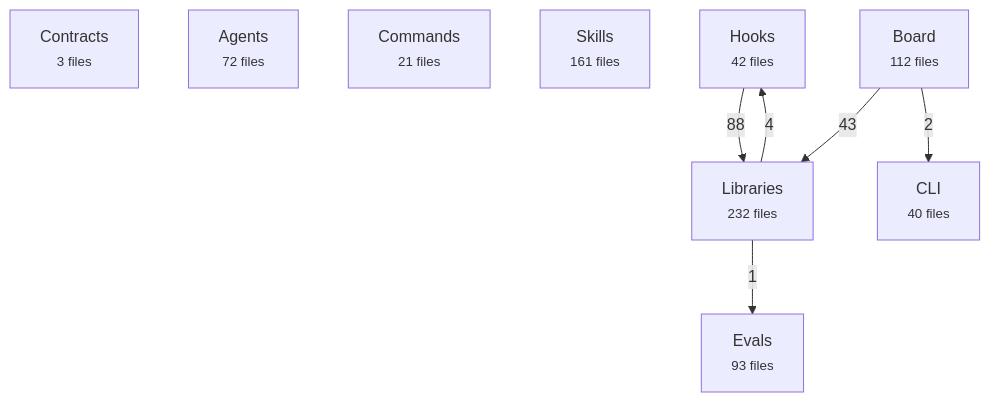
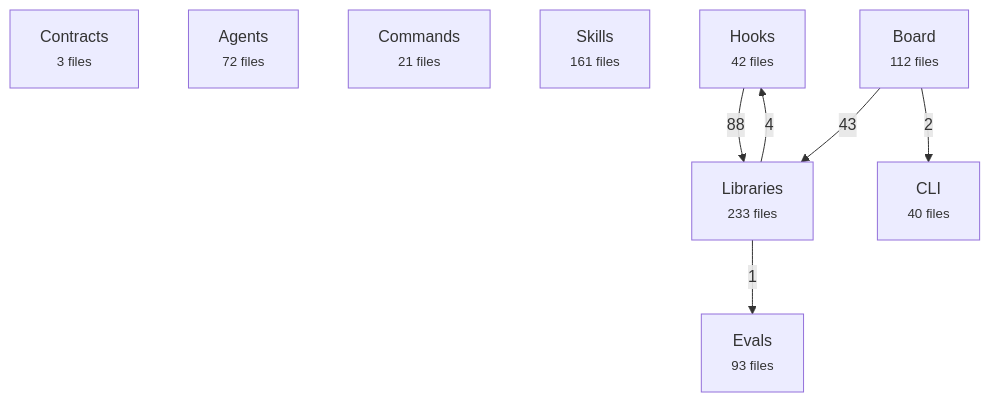
One commit to avelikiy/great_cto changed the first of 2 diagrams in docs/reference/architecture-map.md. Above: the diagram before and after it, drawn with Mermaid. The commit also changed other lines of this file and 26 other files, not shown here.

````diff
--- a/docs/reference/architecture-map.md
+++ b/docs/reference/architecture-map.md
@@ -20,17 +20,17 @@
 ```mermaid
 flowchart TD
   contracts["Contracts<br/><small>3 files</small>"]
   agents["Agents<br/><small>72 files</small>"]
   commands["Commands<br/><small>21 files</small>"]
   skills["Skills<br/><small>161 files</small>"]
   hooks["Hooks<br/><small>42 files</small>"]
-  libs["Libraries<br/><small>232 files</small>"]
+  libs["Libraries<br/><small>233 files</small>"]
   board["Board<br/><small>112 files</small>"]
   cli["CLI<br/><small>40 files</small>"]
   evals["Evals<br/><small>93 files</small>"]
   hooks -->|88| libs
   board -->|43| libs
   libs -->|4| hooks
   board -->|2| cli
   libs -->|1| evals
 ```
````
